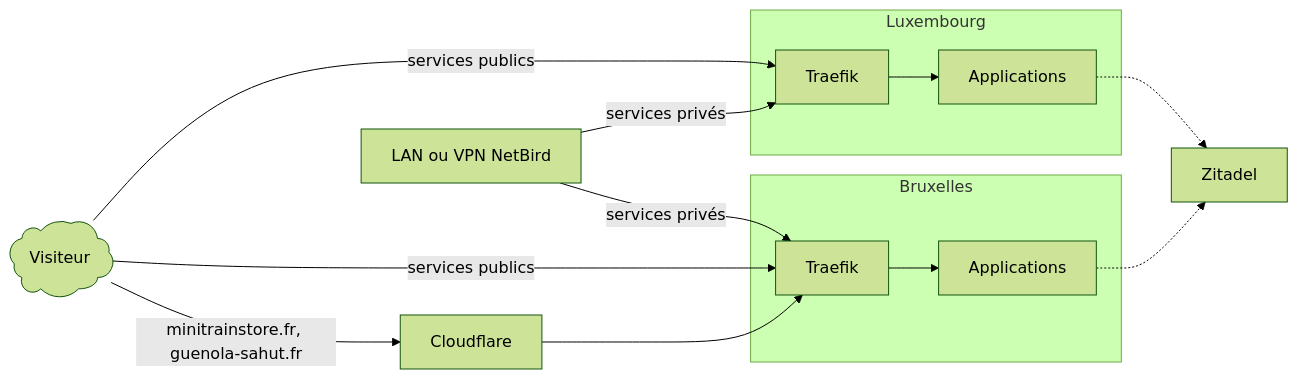
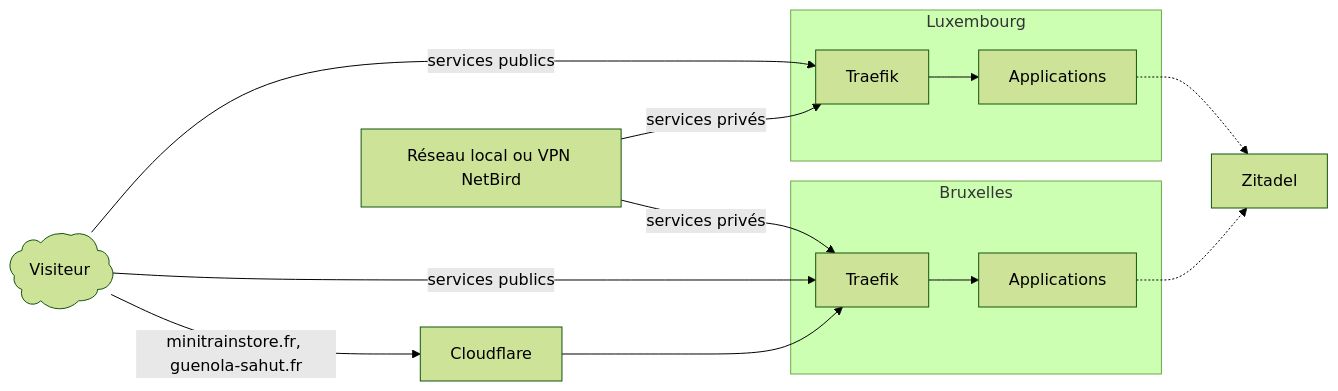
Before and after one commit to AlixANNERAUD/Infrastructure_website: the diagram in src/documentation/architecture.md, drawn with Mermaid (forest theme). The commit also changed other lines of this file and 13 other files, not shown here.

````diff
--- a/src/documentation/architecture.md
+++ b/src/documentation/architecture.md
@@ -22,20 +22,20 @@
 ```mermaid
 flowchart LR
 	Visiteur@{ shape: cloud } --"minitrainstore.fr, guenola-sahut.fr"--> Cloudflare
 	Visiteur --"services publics"--> TraefikB
 	Visiteur --"services publics"--> TraefikL
 	Cloudflare --> TraefikB
-	Prive["LAN ou VPN NetBird"] --"services privés"--> TraefikB
+	Prive["Réseau local ou VPN NetBird"] --"services privés"--> TraefikB
 	Prive --"services privés"--> TraefikL
 
 	subgraph Bruxelles
 		TraefikB[Traefik] --> AppsB[Applications]
 	end
 
 	subgraph Luxembourg
 		TraefikL[Traefik] --> AppsL[Applications]
 	end
 
 	AppsB -.-> Zitadel[Zitadel]
 	AppsL -.-> Zitadel
 ```
````
